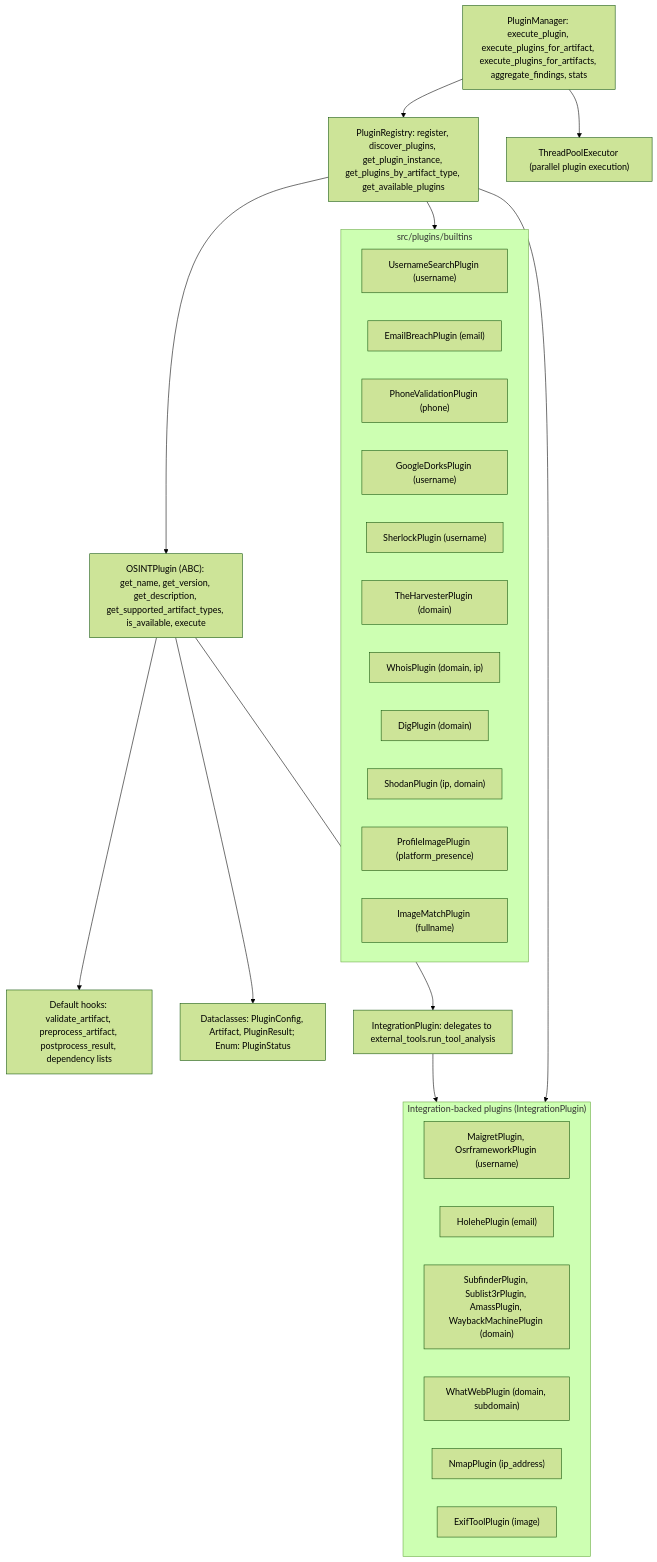
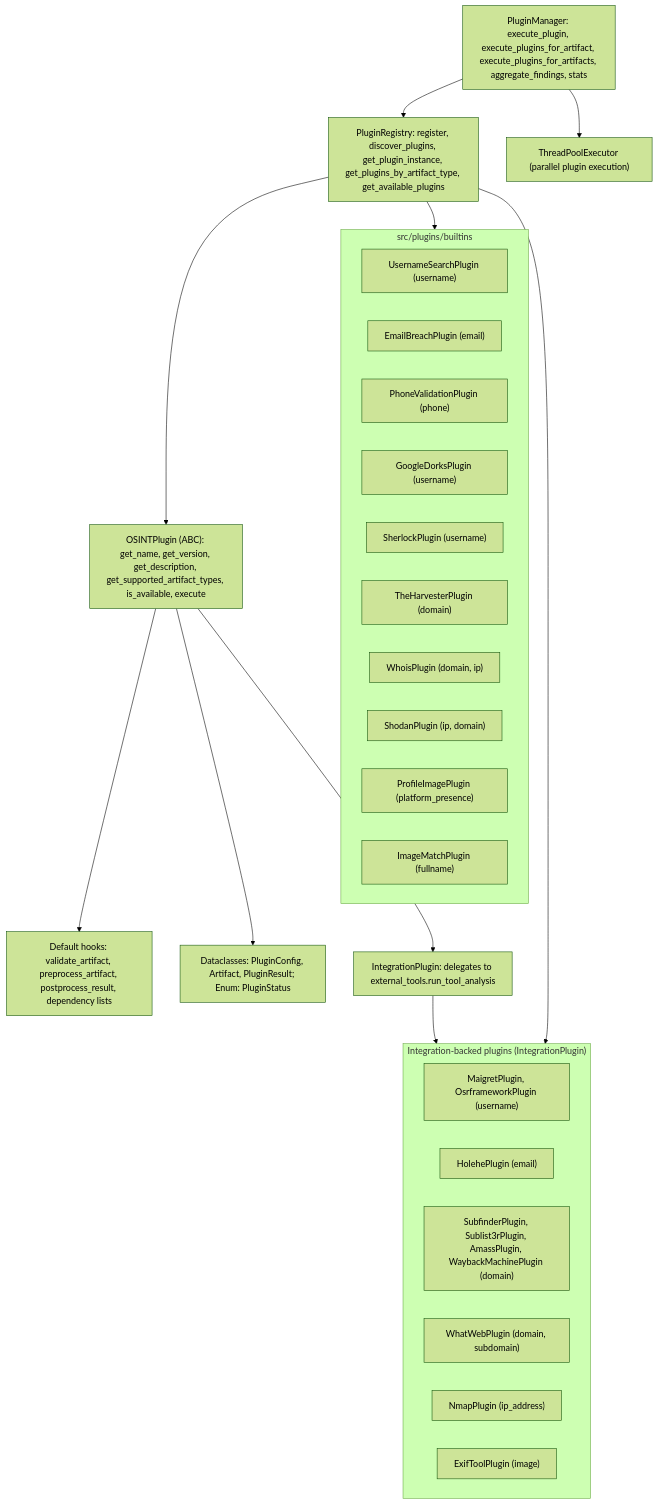
One commit to dhayarajas/gih changed the sixth of 13 diagrams in docs/ARCHITECTURE.md. Above: the diagram before and after it, drawn with Mermaid (forest theme). The commit also changed other lines of this file and 15 other files, not shown here.

````diff
--- a/docs/ARCHITECTURE.md
+++ b/docs/ARCHITECTURE.md
@@ -297,44 +297,43 @@
 ```mermaid
 graph TD
     BASE["OSINTPlugin (ABC): get_name, get_version, get_description, get_supported_artifact_types, is_available, execute"]
     HOOKS["Default hooks: validate_artifact, preprocess_artifact, postprocess_result, dependency lists"]
     TYPES["Dataclasses: PluginConfig, Artifact, PluginResult; Enum: PluginStatus"]
     REG["PluginRegistry: register, discover_plugins, get_plugin_instance, get_plugins_by_artifact_type, get_available_plugins"]
     MAN["PluginManager: execute_plugin, execute_plugins_for_artifact, execute_plugins_for_artifacts, aggregate_findings, stats"]
     POOL["ThreadPoolExecutor (parallel plugin execution)"]
 
     subgraph Builtins["src/plugins/builtins"]
         B1["UsernameSearchPlugin (username)"]
         B2["EmailBreachPlugin (email)"]
         B3["PhoneValidationPlugin (phone)"]
         B4["GoogleDorksPlugin (username)"]
         B5["SherlockPlugin (username)"]
         B6["TheHarvesterPlugin (domain)"]
         B7["WhoisPlugin (domain, ip)"]
-        B8["DigPlugin (domain)"]
         B9["ShodanPlugin (ip, domain)"]
         B10["ProfileImagePlugin (platform_presence)"]
         B11["ImageMatchPlugin (fullname)"]
     end
 
     subgraph IntegrationBacked["Integration-backed plugins (IntegrationPlugin)"]
         I1["MaigretPlugin, OsrframeworkPlugin (username)"]
         I2["HolehePlugin (email)"]
         I3["SubfinderPlugin, Sublist3rPlugin, AmassPlugin, WaybackMachinePlugin (domain)"]
         I4["WhatWebPlugin (domain, subdomain)"]
         I5["NmapPlugin (ip_address)"]
         I6["ExifToolPlugin (image)"]
     end
 
     IBASE["IntegrationPlugin: delegates to external_tools.run_tool_analysis"]
 
     BASE --> HOOKS
     BASE --> TYPES
     REG --> BASE
     MAN --> REG
     MAN --> POOL
     REG --> Builtins
     REG --> IntegrationBacked
     BASE --> IBASE
     IBASE --> IntegrationBacked
 ```
````
